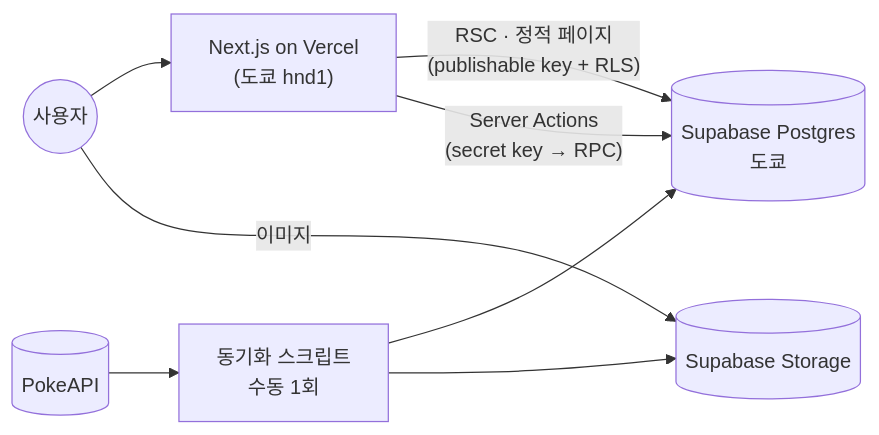
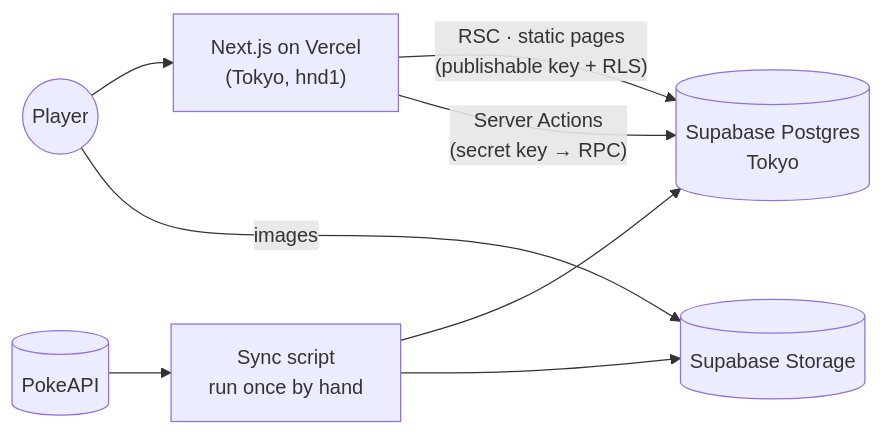
Before and after one commit to ottuck/pokepedia: the diagram in README.md, drawn with Mermaid. The commit also changed other lines of this file and 30 other files, not shown here.

````diff
--- a/README.md
+++ b/README.md
@@ -40,9 +68,9 @@
 ```mermaid
 flowchart LR
-  User((사용자)) --> Next["Next.js on Vercel<br/>(도쿄 hnd1)"]
-  Next -- "RSC · 정적 페이지<br/>(publishable key + RLS)" --> DB[(Supabase Postgres<br/>도쿄)]
+  User((Player)) --> Next["Next.js on Vercel<br/>(Tokyo, hnd1)"]
+  Next -- "RSC · static pages<br/>(publishable key + RLS)" --> DB[(Supabase Postgres<br/>Tokyo)]
   Next -- "Server Actions<br/>(secret key → RPC)" --> DB
-  User -- 이미지 --> Storage[(Supabase Storage)]
-  PokeAPI[(PokeAPI)] --> Sync[동기화 스크립트<br/>수동 1회]
+  User -- images --> Storage[(Supabase Storage)]
+  PokeAPI[(PokeAPI)] --> Sync[Sync script<br/>run once by hand]
   Sync --> DB & Storage
 ```
````
